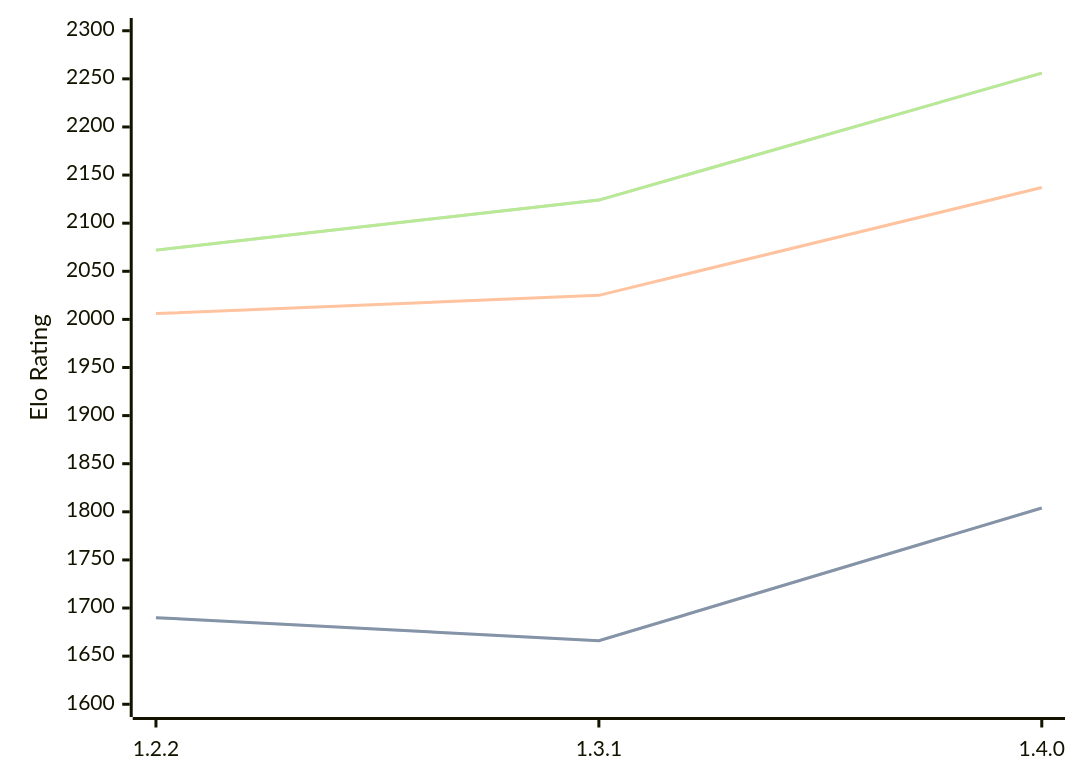
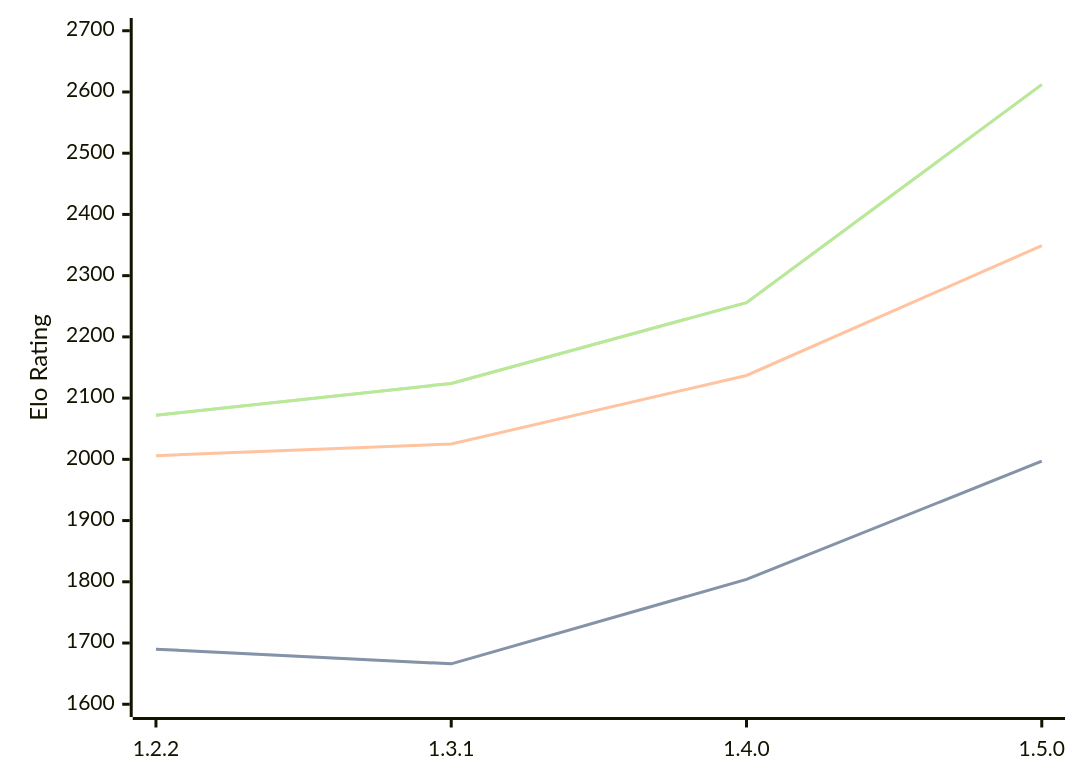
Before and after one commit to computer-chess-index/cci: the diagram in engines/SoloEngine.md, drawn with Mermaid. The commit also changed other lines of this file, not shown here.

Commit message:
Update CCI Ratings (ELO VLTC) - 2026-03-04

````diff
--- a/engines/SoloEngine.md
+++ b/engines/SoloEngine.md
@@ -32,11 +32,11 @@
 ```mermaid
 %%{init: {"theme":"base","themeVariables":{"seriesColors:['#a3a3a3','#222221','#faa371']}}}%%
 xychart-beta
-  x-axis ["1.2.2", "1.3.1", "1.4.0"]
-  y-axis "Elo Rating" 1600 --> 2300
-  line "STC (8.0+0.08s)" [1690, 1666, 1804]
-  line "STC (8.0+0.08s)" [1690, 1666, 1804]
-  line "LTC (60.0+0.60s)" [2006, 2025, 2137]
-  line "VLTC (2m24s+1.12s)" [2072, 2124, 2256]
-  line "VLTC (2m24s+1.12s)" [2072, 2124, 2256]
+  x-axis ["1.2.2", "1.3.1", "1.4.0", "1.5.0"]
+  y-axis "Elo Rating" 1600 --> 2700
+  line "STC (8.0+0.08s)" [1690, 1666, 1804, 1997]
+  line "STC (8.0+0.08s)" [1690, 1666, 1804, 1997]
+  line "LTC (60.0+0.60s)" [2006, 2025, 2137, 2349]
+  line "VLTC (2m24s+1.12s)" [2072, 2124, 2256, 2612]
+  line "VLTC (2m24s+1.12s)" [2072, 2124, 2256, 2612]
 ```
````
